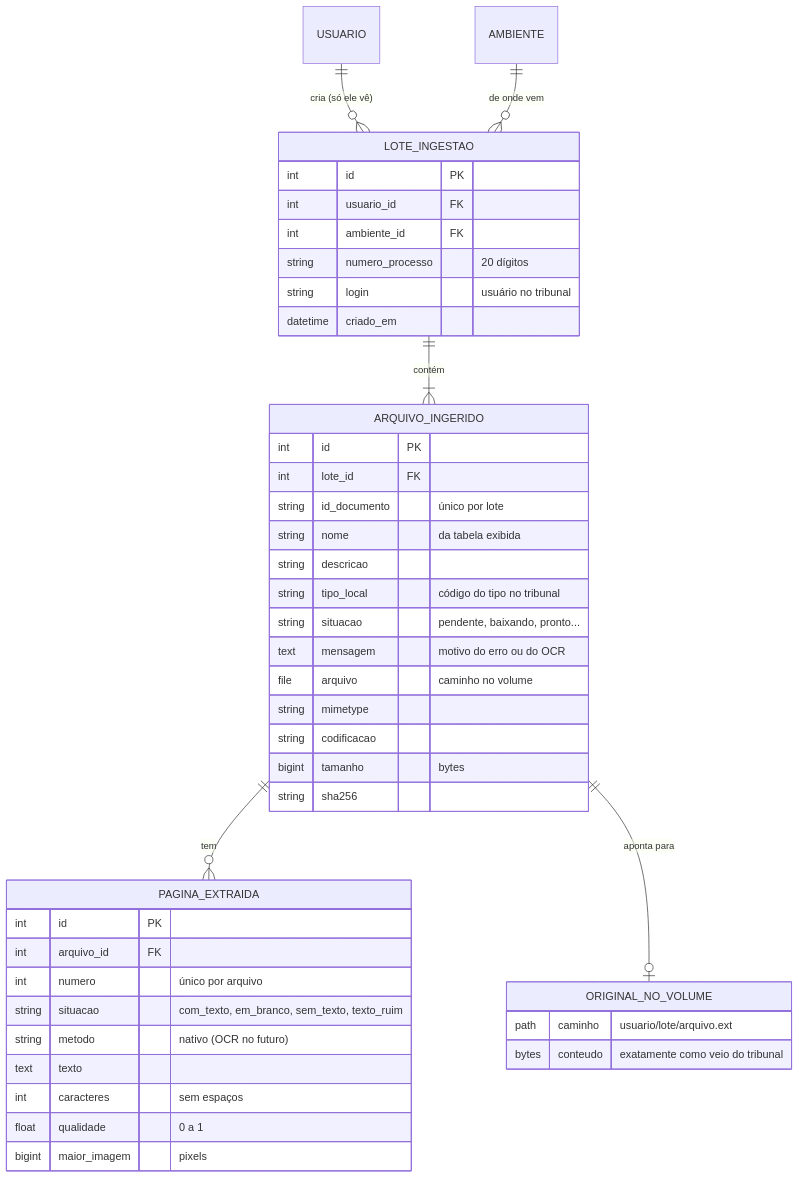
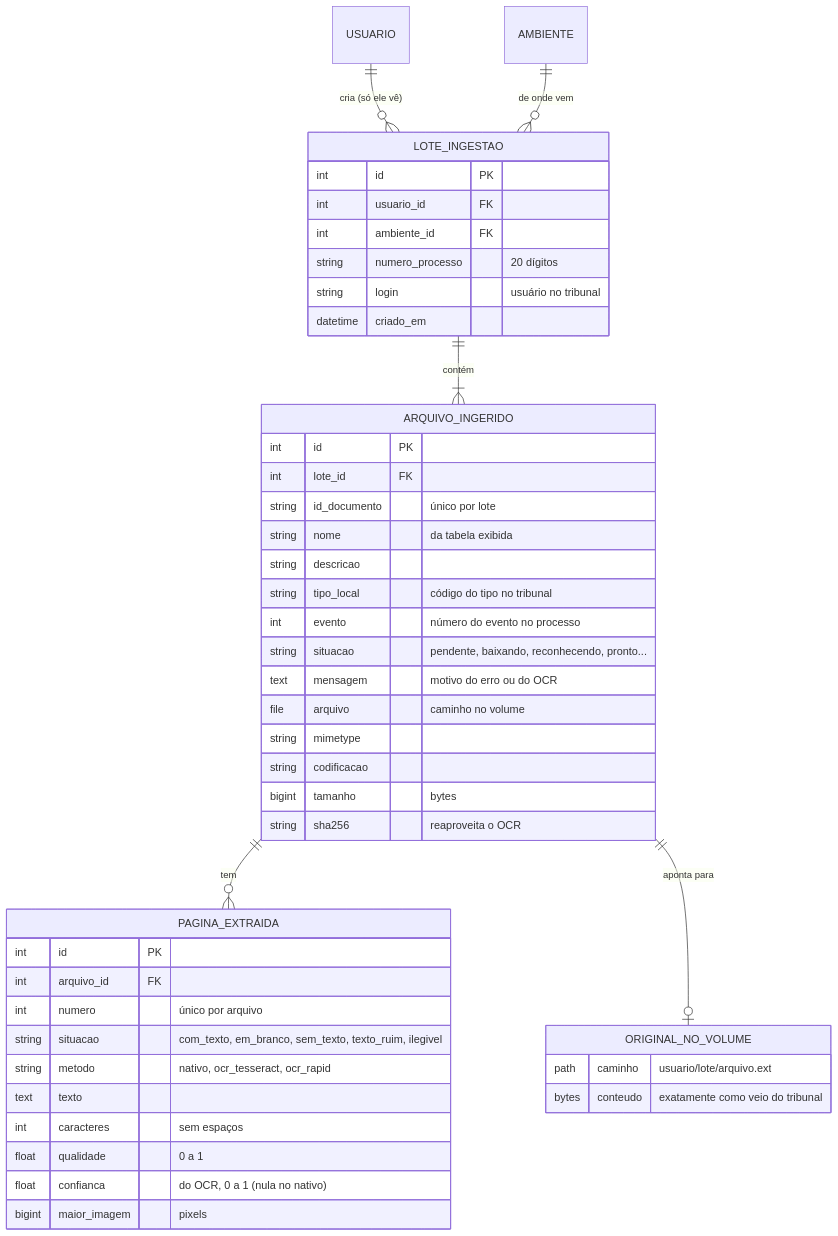
One commit to PauloTorresApps/EloJudicial changed the sixth of 6 diagrams in ingestao/docs/fluxo-da-ingestao.md. Above: the diagram before and after it, drawn with Mermaid. The commit also changed other lines of this file, not shown here.

Commit message:
docs: fila ocr e situação reconhecendo no fluxo da ingestão

````diff
--- a/ingestao/docs/fluxo-da-ingestao.md
+++ b/ingestao/docs/fluxo-da-ingestao.md
@@ -182,47 +244,49 @@
 ```mermaid
 erDiagram
     USUARIO ||--o{ LOTE_INGESTAO : "cria (só ele vê)"
     AMBIENTE ||--o{ LOTE_INGESTAO : "de onde vem"
     LOTE_INGESTAO ||--|{ ARQUIVO_INGERIDO : "contém"
     ARQUIVO_INGERIDO ||--o{ PAGINA_EXTRAIDA : "tem"
     ARQUIVO_INGERIDO ||--o| ORIGINAL_NO_VOLUME : "aponta para"
 
     LOTE_INGESTAO {
         int id PK
         int usuario_id FK
         int ambiente_id FK
         string numero_processo "20 dígitos"
         string login "usuário no tribunal"
         datetime criado_em
     }
     ARQUIVO_INGERIDO {
         int id PK
         int lote_id FK
         string id_documento "único por lote"
         string nome "da tabela exibida"
         string descricao
         string tipo_local "código do tipo no tribunal"
-        string situacao "pendente, baixando, pronto..."
+        int evento "número do evento no processo"
+        string situacao "pendente, baixando, reconhecendo, pronto..."
         text mensagem "motivo do erro ou do OCR"
         file arquivo "caminho no volume"
         string mimetype
         string codificacao
         bigint tamanho "bytes"
-        string sha256
+        string sha256 "reaproveita o OCR"
     }
     PAGINA_EXTRAIDA {
         int id PK
         int arquivo_id FK
         int numero "único por arquivo"
-        string situacao "com_texto, em_branco, sem_texto, texto_ruim"
-        string metodo "nativo (OCR no futuro)"
+        string situacao "com_texto, em_branco, sem_texto, texto_ruim, ilegivel"
+        string metodo "nativo, ocr_tesseract, ocr_rapid"
         text texto
         int caracteres "sem espaços"
         float qualidade "0 a 1"
+        float confianca "do OCR, 0 a 1 (nula no nativo)"
         bigint maior_imagem "pixels"
     }
     ORIGINAL_NO_VOLUME {
         path caminho "usuario/lote/arquivo.ext"
         bytes conteudo "exatamente como veio do tribunal"
     }
 ```
````
